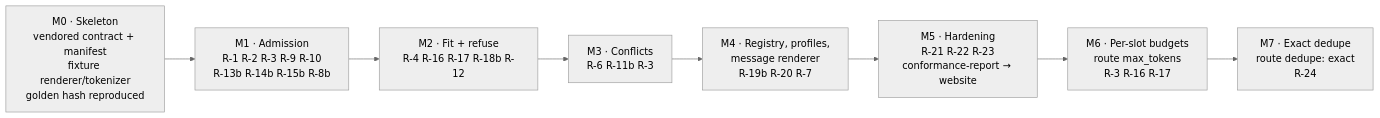
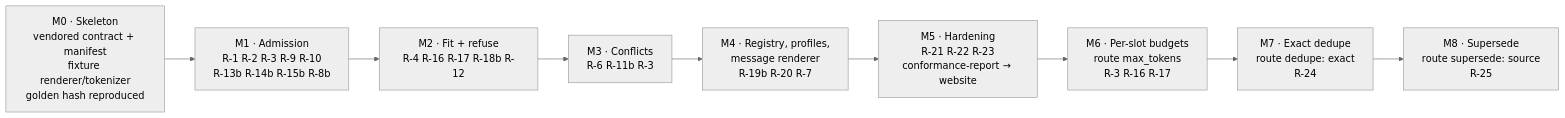
Diagram 12 of 19 in docs/DESIGN.md (contextwindowarchitecture/assembler-python), drawn with Mermaid (neutral theme) before and after one commit. The commit also changed other lines of this file and 25 other files, not shown here.

````diff
--- a/docs/DESIGN.md
+++ b/docs/DESIGN.md
@@ -579,10 +581,11 @@
 ```mermaid
 flowchart LR
   M0["M0 · Skeleton<br/>vendored contract + manifest<br/>fixture renderer/tokenizer<br/>golden hash reproduced"] --> M1["M1 · Admission<br/>R-1 R-2 R-3 R-9 R-10<br/>R-13b R-14b R-15b R-8b"]
   M1 --> M2["M2 · Fit + refuse<br/>R-4 R-16 R-17 R-18b R-12"]
   M2 --> M3["M3 · Conflicts<br/>R-6 R-11b R-3"]
   M3 --> M4["M4 · Registry, profiles,<br/>message renderer<br/>R-19b R-20 R-7"]
   M4 --> M5["M5 · Hardening<br/>R-21 R-22 R-23<br/>conformance-report → website"]
   M5 --> M6["M6 · Per-slot budgets<br/>route max_tokens<br/>R-3 R-16 R-17"]
   M6 --> M7["M7 · Exact dedupe<br/>route dedupe: exact<br/>R-24"]
+  M7 --> M8["M8 · Supersede<br/>route supersede: source<br/>R-25"]
 ```
````
